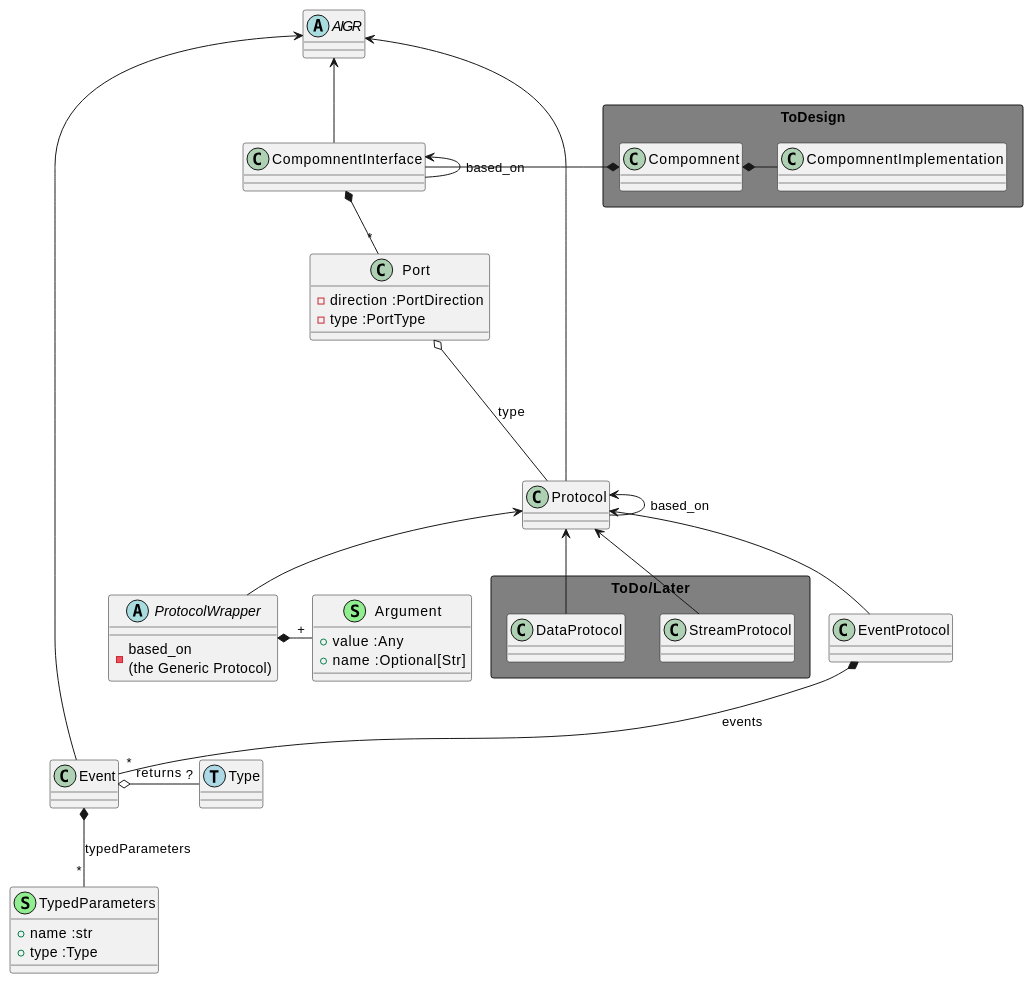
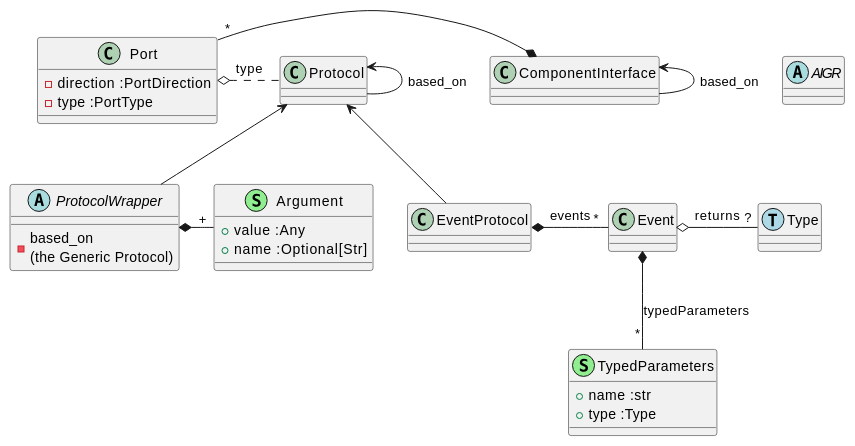
One commit to AlbertMietus/DocIdeas.hg changed the diagram in CCastle/DocParts/Design/231005-aigr-CompProto.rst. Above: the diagram before and after it, drawn with PlantUML. The commit also changed other lines of this file and 2 other files, not shown here.

Commit message:
Some rst/uml diagrams added on TestDoubles/AIGR :protocols

```diff
--- a/CCastle/DocParts/Design/231005-aigr-CompProto.rst
+++ b/CCastle/DocParts/Design/231005-aigr-CompProto.rst
@@ -4,66 +8,42 @@
 .. uml::
 
    @startuml
 
    abstract AIGR
-   class CompomnentInterface
+   class ComponentInterface
    class Protocol
    class EventProtocol
    class Port {
     - direction :PortDirection
     - type :PortType
    }
-
-
    abstract ProtocolWrapper {
     -based_on\n(the Generic Protocol)
    }
-
    class Argument <<(S,lightgreen)>> {
     +value  :Any
     +name  :Optional[Str]
    }
-
    class TypedParameters <<(S,lightgreen)>> {
     +name :str
     +type :Type
    }
+   class Type <<(T,lightblue)>>
+   '--------------------
 
-   class Type <<(T,lightblue)>>
-
-   AIGR <-- Protocol
-   AIGR <-- Event
-   AIGR <-- CompomnentInterface
-
-   CompomnentInterface <--- CompomnentInterface: based_on
-   CompomnentInterface *-- "*" Port
-
+   ComponentInterface   <---  ComponentInterface: based_on
+   Port "*"             -*    ComponentInterface
 
    Protocol <--- Protocol: based_on
    Protocol <--  EventProtocol
    Protocol <--  ProtocolWrapper
 
-
    ProtocolWrapper *- "+"Argument
 
-   EventProtocol *--  "*"  Event: events
+   EventProtocol *-  "*"  Event: events
    Event         *-- "*"   TypedParameters : typedParameters
    Event         o- "?"    Type: returns
 
-   Port o--- Protocol: type
+   Port o. Protocol: type
 
-
-   package ToDesign  <<Rectangle>> #gray {
-   class Compomnent
-   class CompomnentImplementation
-   Compomnent *- CompomnentInterface
-   Compomnent *- CompomnentImplementation
-
-   }
-
-   package ToDo/Later  <<Rectangle>> #gray {
-     Protocol <-  DataProtocol
-     Protocol <--  StreamProtocol
-
-   }
    @enduml
```
